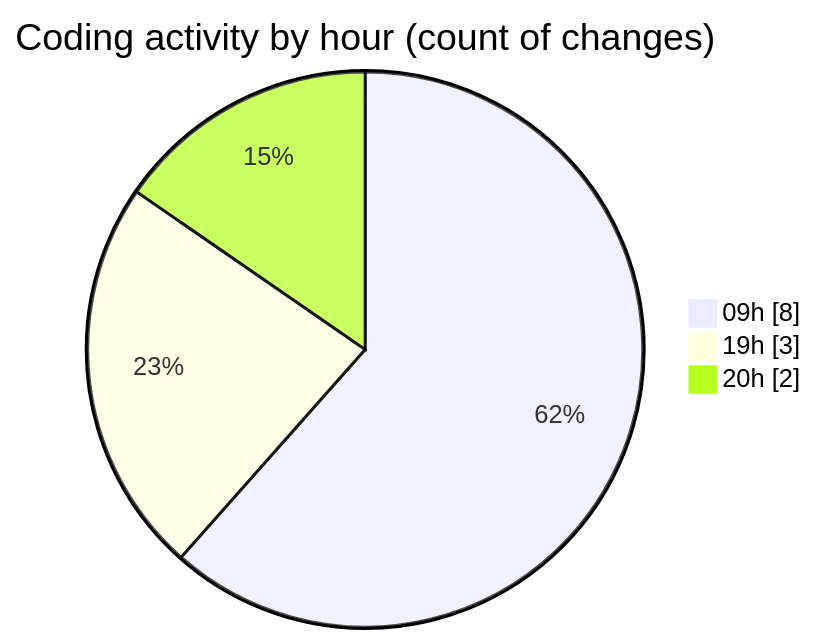
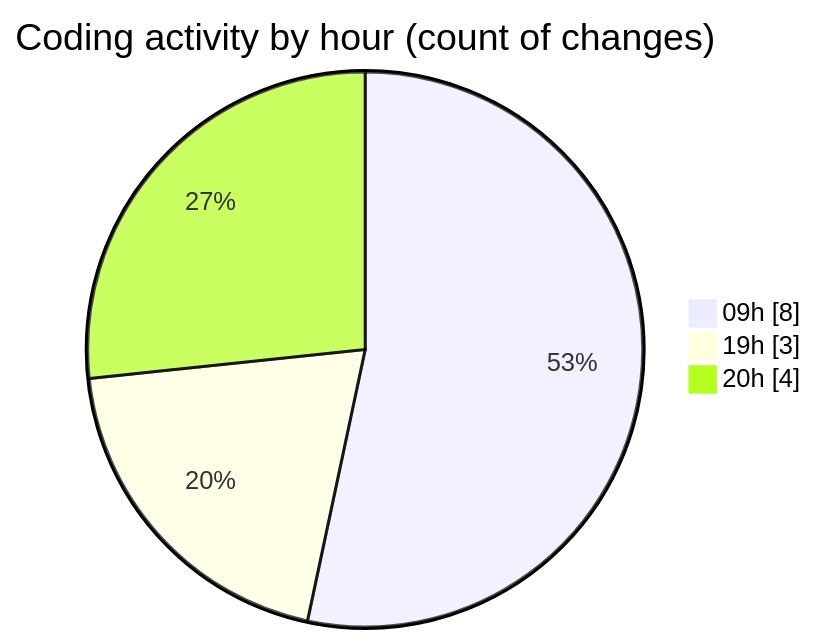
One commit to MatusMokan/code-tracking changed the second of 2 diagrams in 2025-02-28/myws__workspace_/README.md. Above: the diagram before and after it, drawn with Mermaid. The commit also changed other lines of this file and 1 other file, not shown here.

````diff
--- a/2025-02-28/myws__workspace_/README.md
+++ b/2025-02-28/myws__workspace_/README.md
@@ -32,7 +33,7 @@
 ```mermaid
 pie showData
 title Coding activity by hour (count of changes)
 "09h" : 8
 "19h" : 3
-"20h" : 2
+"20h" : 4
 ```
````
